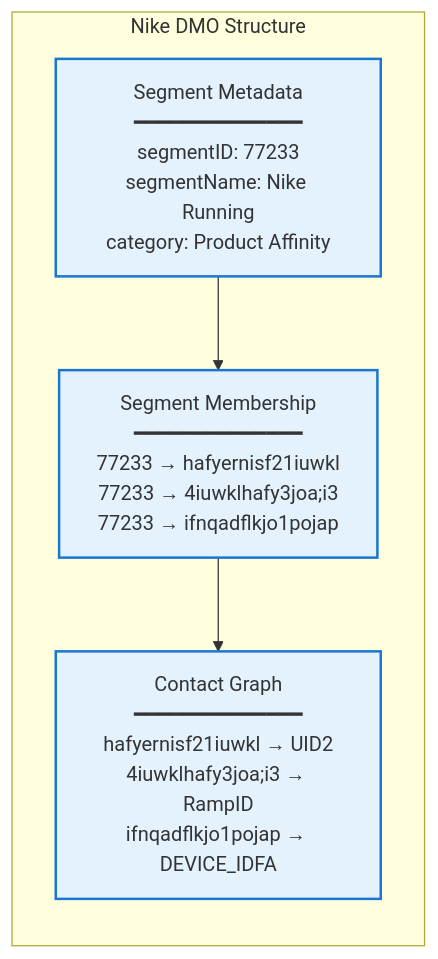
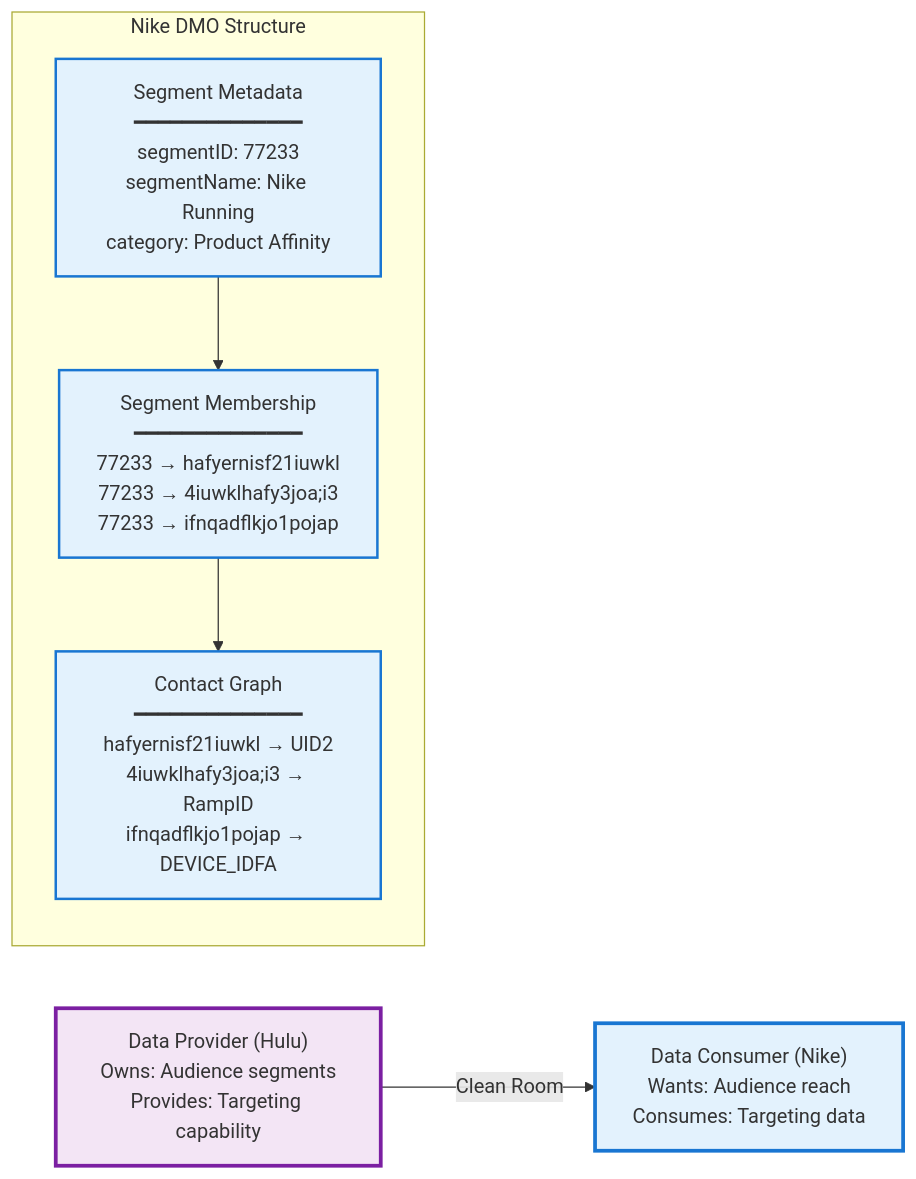
The second of 9 diagrams in README_Yahoo_DC_Clean_Room.md (arupsarkar-sfdc/Misc), drawn with Mermaid before and after one commit.

Commit message:
Update buy side and sell side

````diff
--- a/README_Yahoo_DC_Clean_Room.md
+++ b/README_Yahoo_DC_Clean_Room.md
@@ -88,17 +88,25 @@
 ```mermaid
 graph LR
+    Provider["Data Provider (Hulu)<br/>Owns: Audience segments<br/>Provides: Targeting capability"] 
+    Consumer["Data Consumer (Nike)<br/>Wants: Audience reach<br/>Consumes: Targeting data"]
+    
+    Provider -->|Clean Room| Consumer
+    
+    style Provider fill:#f3e5f5,stroke:#7b1fa2,stroke-width:3px
+    style Consumer fill:#e3f2fd,stroke:#1976d2,stroke-width:3px
+    
     subgraph "Nike DMO Structure"
         SEG_META["Segment Metadata<br/>━━━━━━━━━━━━━━<br/>segmentID: 77233<br/>segmentName: Nike Running<br/>category: Product Affinity"]
         
         SEG_MEMBER["Segment Membership<br/>━━━━━━━━━━━━━━<br/>77233 → hafyernisf21iuwkl<br/>77233 → 4iuwklhafy3joa;i3<br/>77233 → ifnqadflkjo1pojap"]
         
         CONTACT["Contact Graph<br/>━━━━━━━━━━━━━━<br/>hafyernisf21iuwkl → UID2<br/>4iuwklhafy3joa;i3 → RampID<br/>ifnqadflkjo1pojap → DEVICE_IDFA"]
     end
     
     SEG_META --> SEG_MEMBER
     SEG_MEMBER --> CONTACT
     
     style SEG_META fill:#e3f2fd,stroke:#1976d2,stroke-width:2px
     style SEG_MEMBER fill:#e3f2fd,stroke:#1976d2,stroke-width:2px
     style CONTACT fill:#e3f2fd,stroke:#1976d2,stroke-width:2px
 ```
````
